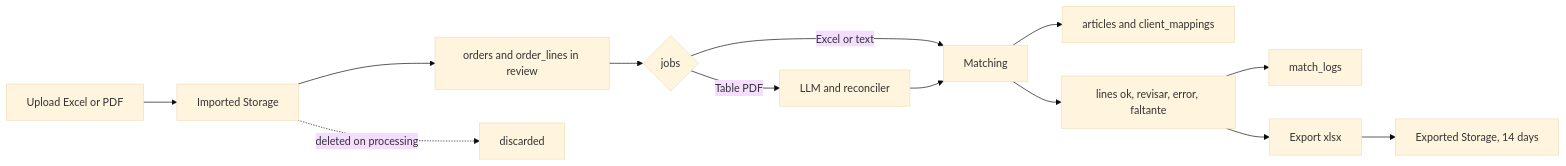
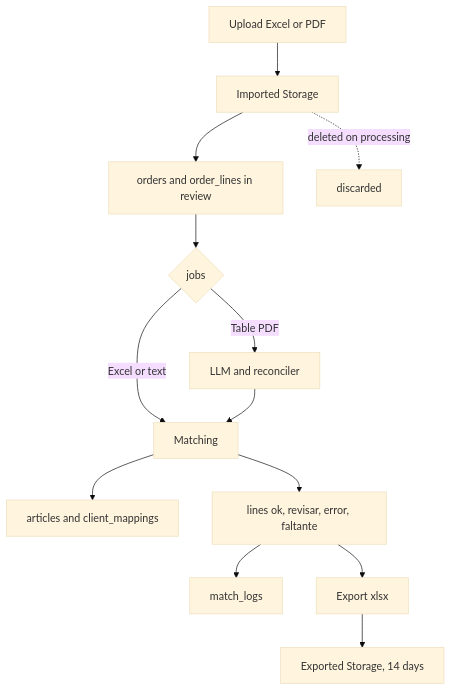
Before and after one commit to NicolasFerreras/parity-Docs: the diagram in en/docs/05-architecture/data-model.md, drawn with Mermaid (base theme). The commit also changed 3 other files, not shown here.

````diff
--- a/en/docs/05-architecture/data-model.md
+++ b/en/docs/05-architecture/data-model.md
@@ -30,15 +30,15 @@
 ```mermaid actions={true}
-flowchart LR
+flowchart TD
     U[Upload Excel or PDF] --> S[Imported Storage]
     S --> O[orders and order_lines in review]
     O --> J{jobs}
     J -->|Table PDF| L[LLM and reconciler]
     J -->|Excel or text| M[Matching]
     L --> M
     M --> A[articles and client_mappings]
     M --> G[lines ok, revisar, error, faltante]
     G --> LG[match_logs]
     G --> E[Export xlsx]
     E --> SX[Exported Storage, 14 days]
     S -.->|deleted on processing| X[discarded]
 ```
````
